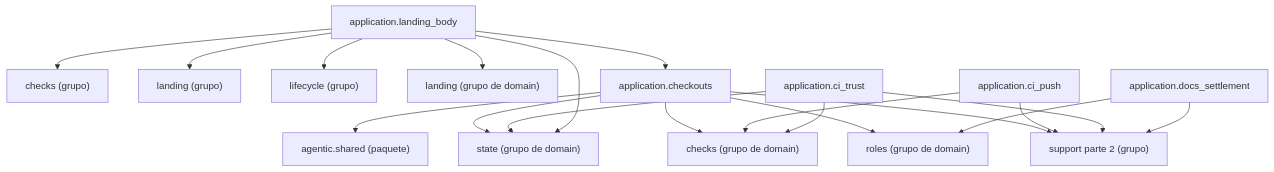
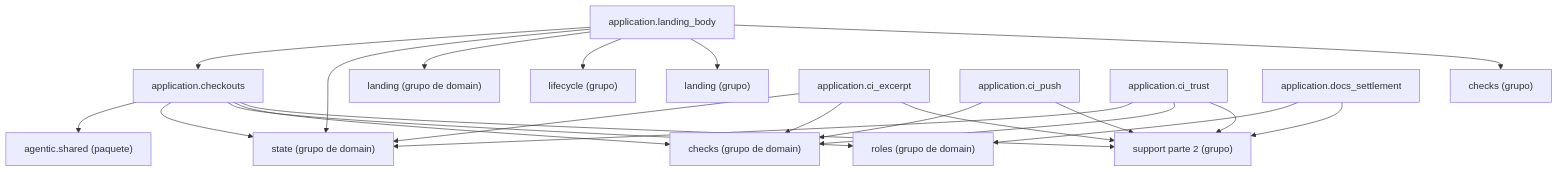
One commit to GonzaloZevallos/agentic-system changed the diagram in docs/architecture/generated/packages-process-application-support-1.md. Above: the diagram before and after it, drawn with Mermaid. The commit also changed other lines of this file and 15 other files, not shown here.

Commit message:
Put ci_excerpt in the support docs cluster to keep the package pages within their cap

````diff
--- a/docs/architecture/generated/packages-process-application-support-1.md
+++ b/docs/architecture/generated/packages-process-application-support-1.md
@@ -18,35 +17,39 @@
 ```mermaid
 graph TD
     g_application__checks["checks (grupo)"]
     g_application__landing["landing (grupo)"]
     g_application__lifecycle["lifecycle (grupo)"]
     g_application__support__2["support parte 2 (grupo)"]
     g_domain__checks["checks (grupo de domain)"]
     g_domain__landing["landing (grupo de domain)"]
     g_domain__roles["roles (grupo de domain)"]
     g_domain__state["state (grupo de domain)"]
     g_pkg__agentic__shared["agentic.shared (paquete)"]
     m_application__checkouts["application.checkouts"]
+    m_application__ci_excerpt["application.ci_excerpt"]
     m_application__ci_push["application.ci_push"]
     m_application__ci_trust["application.ci_trust"]
     m_application__docs_settlement["application.docs_settlement"]
     m_application__landing_body["application.landing_body"]
     m_application__checkouts --> g_application__support__2
     m_application__checkouts --> g_domain__checks
     m_application__checkouts --> g_domain__roles
     m_application__checkouts --> g_domain__state
     m_application__checkouts --> g_pkg__agentic__shared
+    m_application__ci_excerpt --> g_application__support__2
+    m_application__ci_excerpt --> g_domain__checks
+    m_application__ci_excerpt --> g_domain__state
     m_application__ci_push --> g_application__support__2
     m_application__ci_push --> g_domain__checks
     m_application__ci_trust --> g_application__support__2
     m_application__ci_trust --> g_domain__checks
     m_application__ci_trust --> g_domain__state
     m_application__docs_settlement --> g_application__support__2
     m_application__docs_settlement --> g_domain__roles
     m_application__landing_body --> g_application__checks
     m_application__landing_body --> g_application__landing
     m_application__landing_body --> g_application__lifecycle
     m_application__landing_body --> g_domain__landing
     m_application__landing_body --> g_domain__state
     m_application__landing_body --> m_application__checkouts
 ```
````
